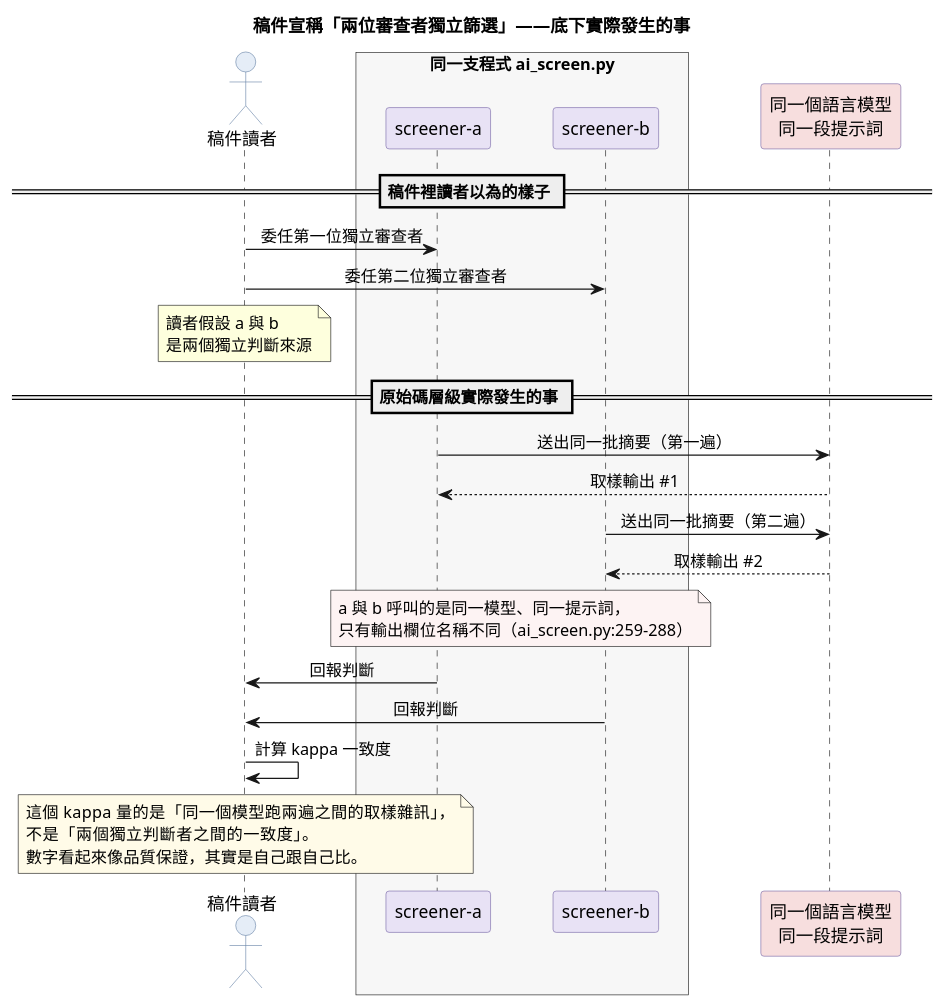
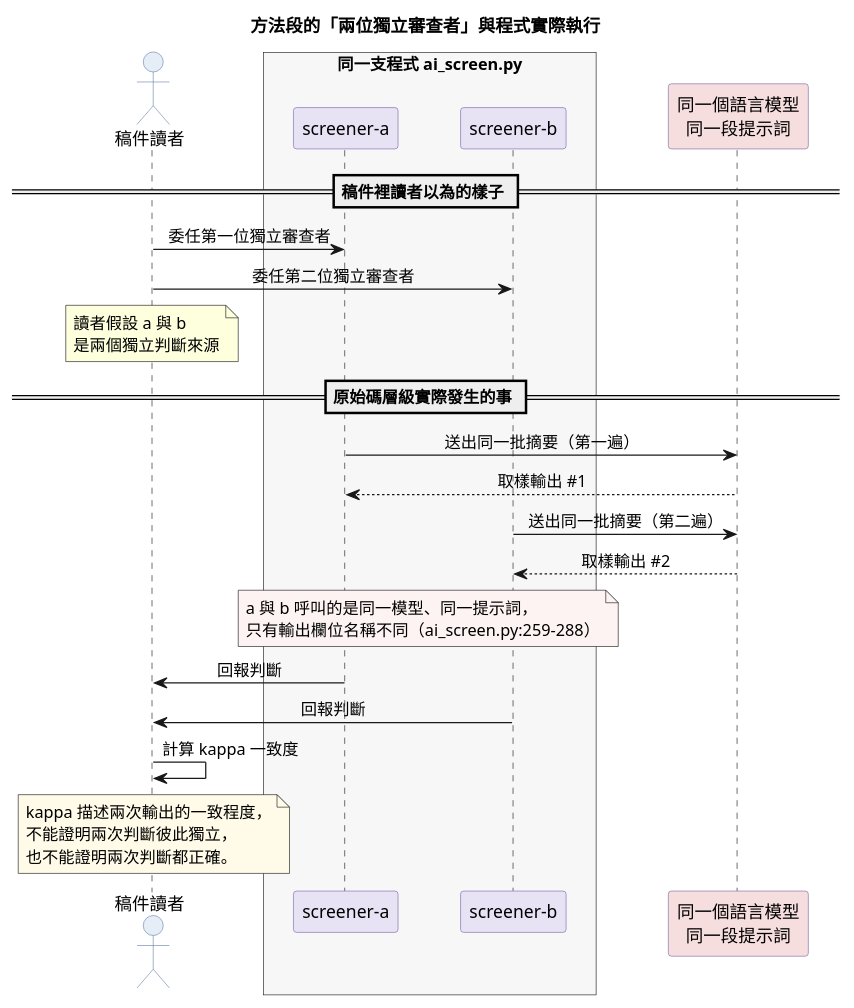
The diagram in figures/fig05-performative-independence.puml (htlin222/agent-in-ebm), drawn with PlantUML before and after one commit. The commit also changed 12 other files, not shown here.

```diff
--- a/figures/fig05-performative-independence.puml
+++ b/figures/fig05-performative-independence.puml
@@ -1,61 +1,61 @@
 @startuml fig05
-' 圖 5：表演性的獨立
+' 圖 5：重複執行不等於獨立審查
 ' 論點：宣稱的「兩位獨立審查者」在原始碼層級是同一支程式、同一段提示詞、
-'        同一個模型跑兩遍，只有輸出欄位不同。其 kappa 量的是同一模型的取樣雜訊，
-'        不是兩個獨立判斷者之間的一致度。
+'        同一個模型跑兩遍，只有輸出欄位不同。kappa 可以描述兩次輸出的一致程度，
+'        不能證明判斷彼此獨立，也不能證明答案正確。
 ' 資料來源：meta-pipe/ai_screen.py:122, :259-288
 ' 產生方式：plantuml fig05-performative-independence.puml
 
 skinparam backgroundColor white
 skinparam defaultFontName "PingFang TC"
 skinparam sequenceMessageAlign center
 skinparam ParticipantPadding 20
 skinparam BoxPadding 10
 
 skinparam participant {
   BorderColor #7a6aa8
   BackgroundColor #e8e2f5
 }
 skinparam actor {
   BorderColor #6a86a8
   BackgroundColor #e5edf7
 }
 
-title 稿件宣稱「兩位審查者獨立篩選」——底下實際發生的事
+title 方法段的「兩位獨立審查者」與程式實際執行
 
 actor "稿件讀者" as reader
 
 box "同一支程式 ai_screen.py" #f7f7f7
   participant "screener-a" as a
   participant "screener-b" as b
 end box
 
 participant "同一個語言模型\n同一段提示詞" as model #f7dede
 
 == 稿件裡讀者以為的樣子 ==
 reader -> a : 委任第一位獨立審查者
 reader -> b : 委任第二位獨立審查者
 note over reader : 讀者假設 a 與 b\n是兩個獨立判斷來源
 
 == 原始碼層級實際發生的事 ==
 a -> model : 送出同一批摘要（第一遍）
 model --> a : 取樣輸出 #1
 b -> model : 送出同一批摘要（第二遍）
 model --> b : 取樣輸出 #2
 
 note over a, b #fdf3f3
   a 與 b 呼叫的是同一模型、同一提示詞，
   只有輸出欄位名稱不同（ai_screen.py:259-288）
 end note
 
 a -> reader : 回報判斷
 b -> reader : 回報判斷
 reader -> reader : 計算 kappa 一致度
 
 note over reader #fffbe8
-  這個 kappa 量的是「同一個模型跑兩遍之間的取樣雜訊」，
-  不是「兩個獨立判斷者之間的一致度」。
-  數字看起來像品質保證，其實是自己跟自己比。
+  kappa 描述兩次輸出的一致程度，
+  不能證明兩次判斷彼此獨立，
+  也不能證明兩次判斷都正確。
 end note
 
 @enduml
```
